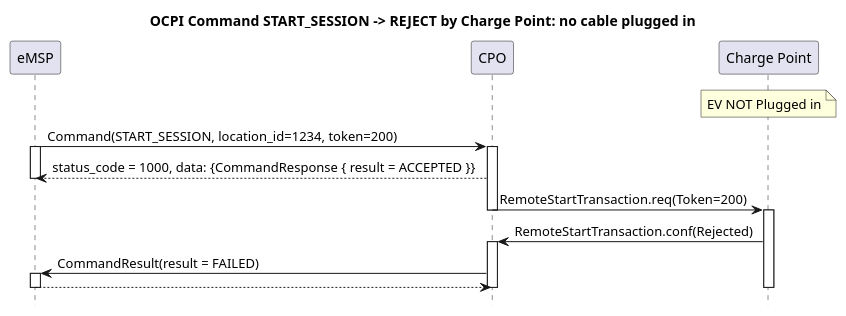
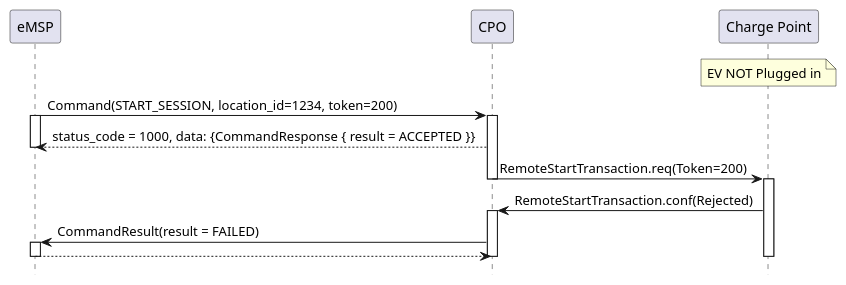
One commit to ocpi/ocpi changed the diagram in plantuml/command_start_session_no_cable.plantuml. Above: the diagram before and after it, drawn with PlantUML. The commit also changed 15 other files, not shown here.

Commit message:
Fixed issue #205 make it possible for CPO to cancel a reservation in case of issues with the Charge Point

```diff
--- a/plantuml/command_start_session_no_cable.plantuml
+++ b/plantuml/command_start_session_no_cable.plantuml
@@ -1,30 +1,29 @@
 @startuml
-title OCPI Command START_SESSION -> REJECT by Charge Point: no cable plugged in
 hide footbox
 
 participant eMSP
 participant CPO
 participant "Charge Point" as CP
 
 NOTE OVER CP: EV NOT Plugged in
 
 eMSP ->  CPO:  Command(START_SESSION, location_id=1234, token=200)
 activate eMSP
 activate CPO
 CPO  --> eMSP: status_code = 1000, data: {CommandResponse { result = ACCEPTED }}
 deactivate eMSP
 
 CPO  ->  CP:   RemoteStartTransaction.req(Token=200)
 deactivate CPO
 activate CP
 CP   ->  CPO:  RemoteStartTransaction.conf(Rejected)
 activate CPO
 CPO  ->  eMSP: CommandResult(result = FAILED)
 activate eMSP
 eMSP --> CPO: 
 deactivate CPO
 deactivate eMSP
 
 deactivate CP
 
 @enduml
```
